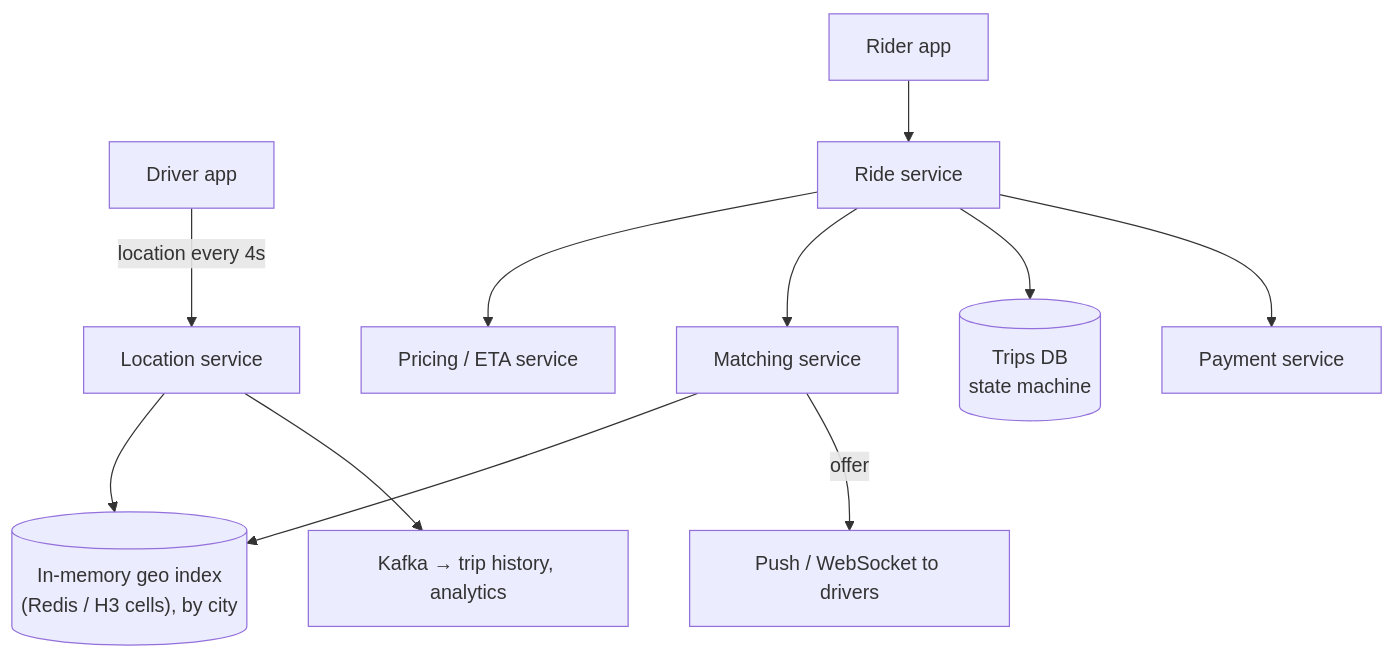
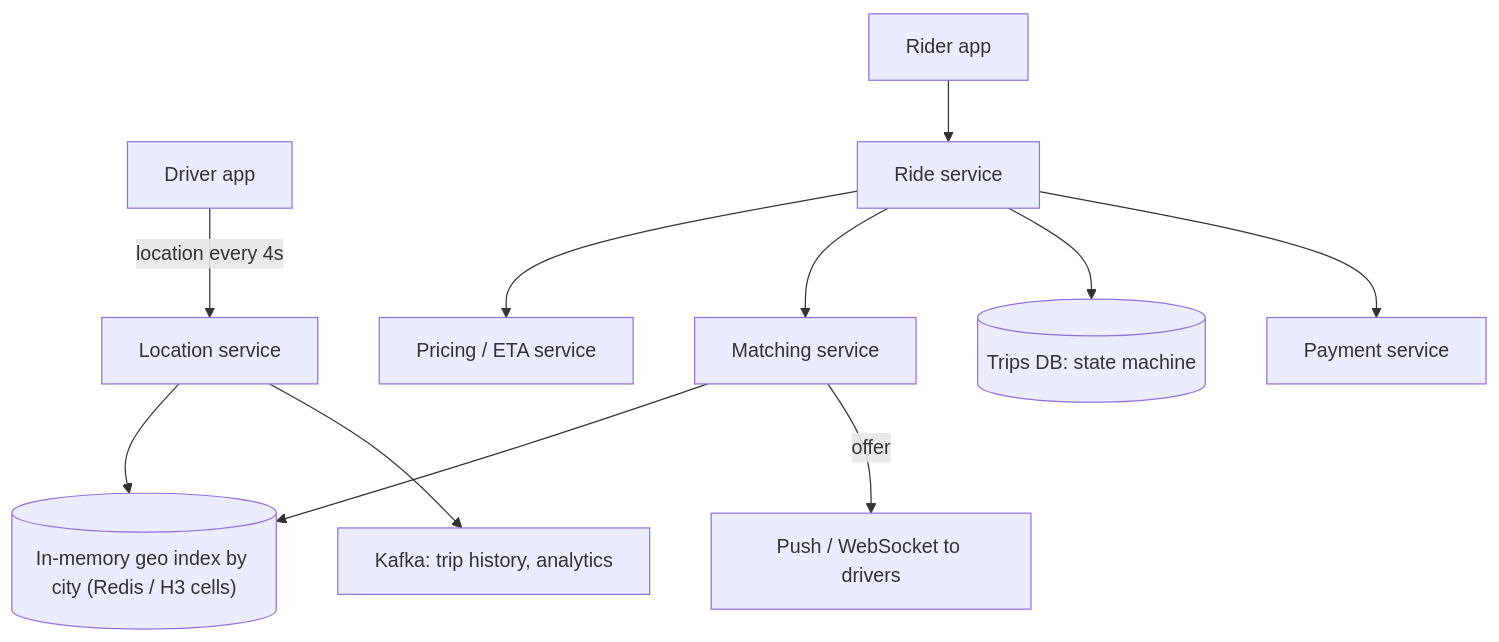
The first of 20 diagrams in topics/18-designs-location-commerce.md (AkshayAshokCode/System-Design-Interview-Questions-and-Answers), drawn with Mermaid before and after one commit. The commit also changed other lines of this file and 4 other files, not shown here.

````diff
--- a/topics/18-designs-location-commerce.md
+++ b/topics/18-designs-location-commerce.md
@@ -23,13 +69,13 @@
 ```mermaid
 flowchart TD
     D["Driver app"] -->|"location every 4s"| LS["Location service"]
-    LS --> GEO[("In-memory geo index<br/>(Redis / H3 cells), by city")]
-    LS --> K["Kafka → trip history, analytics"]
+    LS --> GEO[("In-memory geo index by city (Redis / H3 cells)")]
+    LS --> K["Kafka: trip history, analytics"]
     R["Rider app"] --> RS["Ride service"]
     RS --> PR["Pricing / ETA service"]
     RS --> MS["Matching service"]
     MS --> GEO
     MS -->|"offer"| NOT["Push / WebSocket to drivers"]
-    RS --> TDB[("Trips DB<br/>state machine")]
+    RS --> TDB[("Trips DB: state machine")]
     RS --> PAY["Payment service"]
 ```
````
